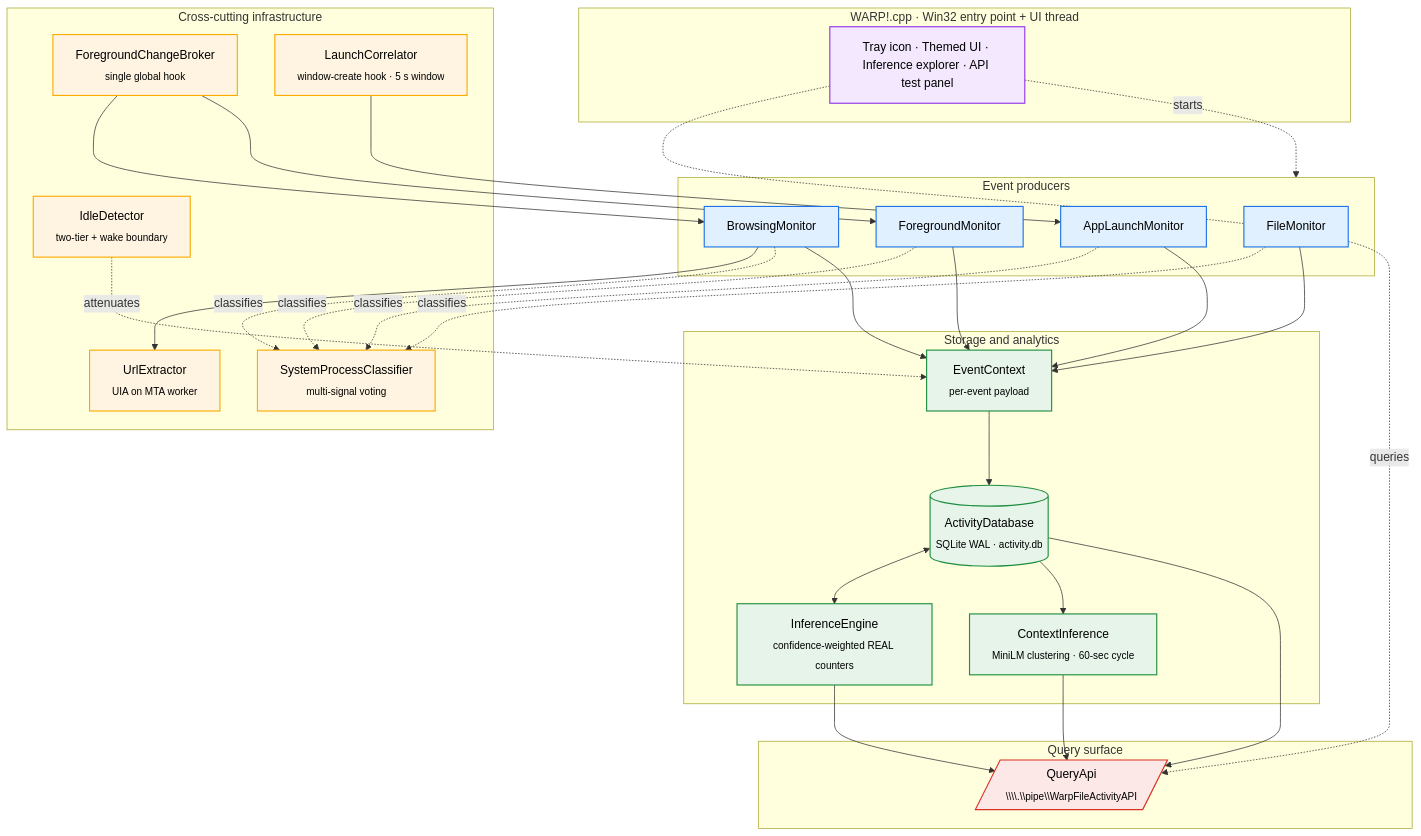
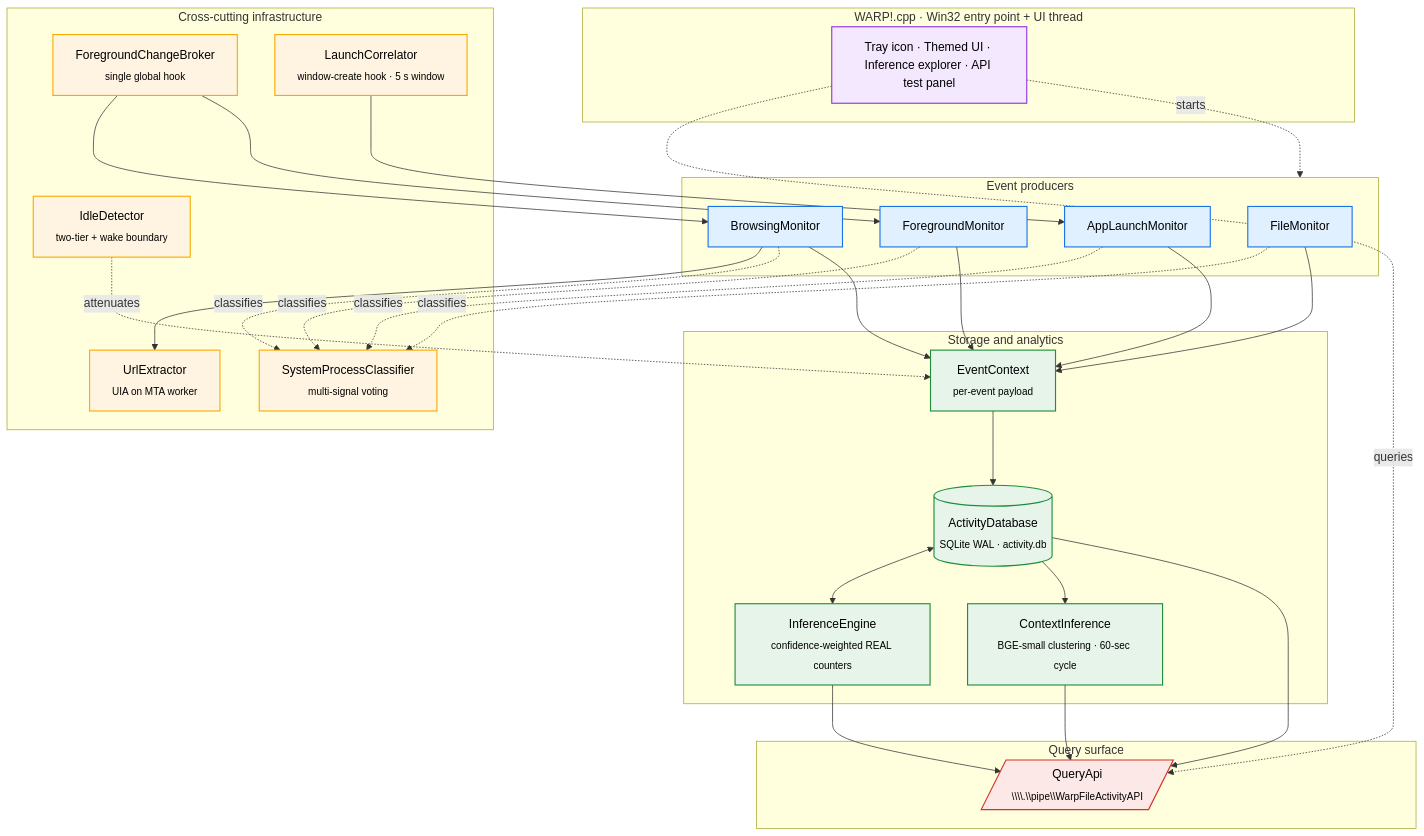
Before and after one commit to sumanthewhiz/WARP: the first of 5 diagrams in README.md, drawn with Mermaid. The commit also changed other lines of this file and 7 other files, not shown here.

````diff
--- a/README.md
+++ b/README.md
@@ -89,66 +89,66 @@
 ```mermaid
 flowchart TB
     classDef producer fill:#e1f0ff,stroke:#1a73e8,color:#000,stroke-width:1.5px
     classDef infra    fill:#fff4e1,stroke:#f9ab00,color:#000,stroke-width:1.5px
     classDef storage  fill:#e6f4ea,stroke:#1e8e3e,color:#000,stroke-width:1.5px
     classDef api      fill:#fce8e6,stroke:#d93025,color:#000,stroke-width:1.5px
     classDef ui       fill:#f3e8fd,stroke:#9334e6,color:#000,stroke-width:1.5px
 
     subgraph App ["WARP!.cpp · Win32 entry point + UI thread"]
         UI["Tray icon · Themed UI · Inference explorer · API test panel"]:::ui
     end
 
     subgraph Producers ["Event producers"]
         FM["FileMonitor"]:::producer
         ALM["AppLaunchMonitor"]:::producer
         BM["BrowsingMonitor"]:::producer
         FGM["ForegroundMonitor"]:::producer
     end
 
     subgraph Infra ["Cross-cutting infrastructure"]
         FCB["ForegroundChangeBroker<br/><sub>single global hook</sub>"]:::infra
         LC["LaunchCorrelator<br/><sub>window-create hook · 5 s window</sub>"]:::infra
         SPC["SystemProcessClassifier<br/><sub>multi-signal voting</sub>"]:::infra
         UE["UrlExtractor<br/><sub>UIA on MTA worker</sub>"]:::infra
         ID["IdleDetector<br/><sub>two-tier + wake boundary</sub>"]:::infra
     end
 
     subgraph Storage ["Storage and analytics"]
         EC["EventContext<br/><sub>per-event payload</sub>"]:::storage
         DB[("ActivityDatabase<br/><sub>SQLite WAL · activity.db</sub>")]:::storage
         IE["InferenceEngine<br/><sub>confidence-weighted REAL counters</sub>"]:::storage
-        TI["ContextInference<br/><sub>MiniLM clustering · 60-sec cycle</sub>"]:::storage
+        TI["ContextInference<br/><sub>BGE-small clustering · 60-sec cycle</sub>"]:::storage
     end
 
     subgraph QueryLayer ["Query surface"]
         API[/"QueryApi<br/><sub>\\\\.\\pipe\\WarpFileActivityAPI</sub>"/]:::api
     end
 
     UI -. starts .-> Producers
     UI -. queries .-> API
 
     FCB --> BM
     FCB --> FGM
     LC  --> ALM
     BM  --> UE
 
     FM  -. classifies .-> SPC
     ALM -. classifies .-> SPC
     BM  -. classifies .-> SPC
     FGM -. classifies .-> SPC
 
     ID -. attenuates .-> EC
 
     FM  --> EC
     ALM --> EC
     BM  --> EC
     FGM --> EC
 
     EC --> DB
     DB <--> IE
     DB --> TI
 
     IE --> API
     DB --> API
     TI --> API
 ```
````
